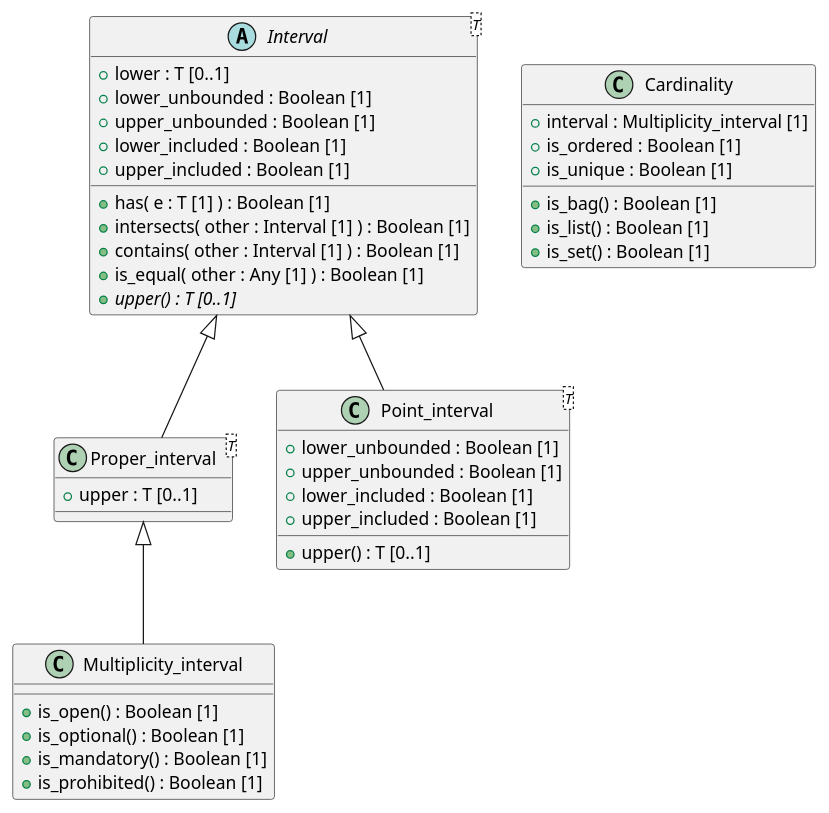
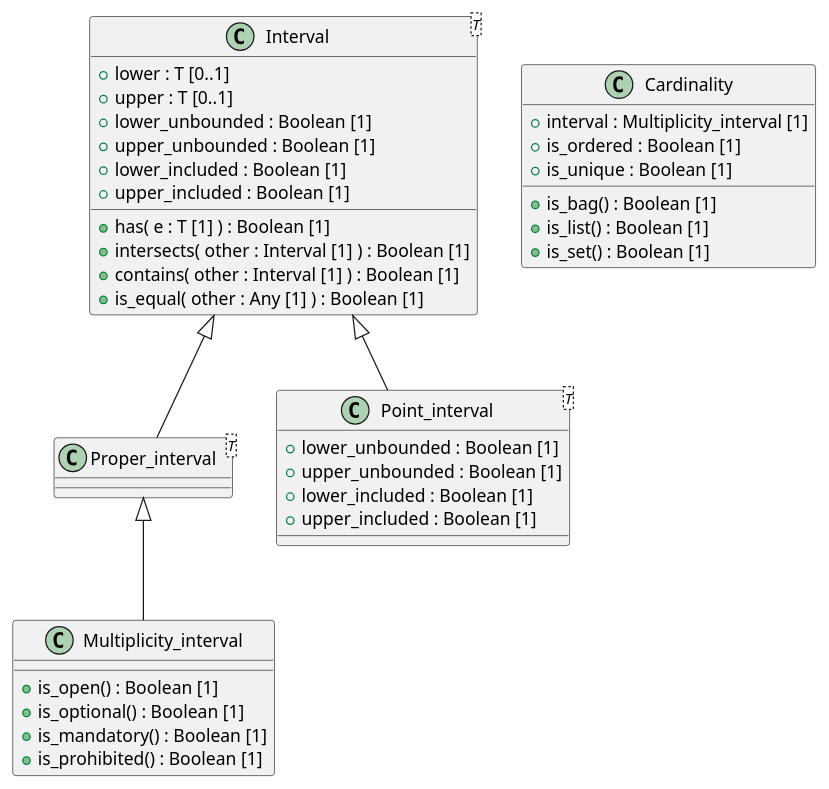
The diagram in code/Adoc/openehr_base_1.1.0/plantUML/packages/org.openehr.base.foundation_types.interval.adoc (sebastian-iancu/code-generator), drawn with PlantUML before and after one commit. The commit also changed 719 other files, not shown here.

```diff
--- a/code/Adoc/openehr_base_1.1.0/plantUML/packages/org.openehr.base.foundation_types.interval.adoc
+++ b/code/Adoc/openehr_base_1.1.0/plantUML/packages/org.openehr.base.foundation_types.interval.adoc
@@ -1,51 +1,49 @@
 [plantuml,interval,format=svg,svg-type="inline"]
 -----
 @startuml
 
 class Multiplicity_interval {
   + is_open() : Boolean [1]
   + is_optional() : Boolean [1]
   + is_mandatory() : Boolean [1]
   + is_prohibited() : Boolean [1]
 }
 
 class Proper_interval <T> {
-  + upper : T [0..1]
 }
 
-abstract class Interval <T> {
+class Interval <T> {
   + lower : T [0..1]
+  + upper : T [0..1]
   + lower_unbounded : Boolean [1]
   + upper_unbounded : Boolean [1]
   + lower_included : Boolean [1]
   + upper_included : Boolean [1]
   + has( e : T [1] ) : Boolean [1]
   + intersects( other : Interval [1] ) : Boolean [1]
   + contains( other : Interval [1] ) : Boolean [1]
   + is_equal( other : Any [1] ) : Boolean [1]
-  + {abstract} upper() : T [0..1]
 }
 
 class Point_interval <T> {
   + lower_unbounded : Boolean [1]
   + upper_unbounded : Boolean [1]
   + lower_included : Boolean [1]
   + upper_included : Boolean [1]
-  + upper() : T [0..1]
 }
 
 class Cardinality {
   + interval : Multiplicity_interval [1]
   + is_ordered : Boolean [1]
   + is_unique : Boolean [1]
   + is_bag() : Boolean [1]
   + is_list() : Boolean [1]
   + is_set() : Boolean [1]
 }
 
 Proper_interval <|-- Multiplicity_interval
 Interval <|-- Proper_interval
 Interval <|-- Point_interval
 
 @enduml
 -----
```
